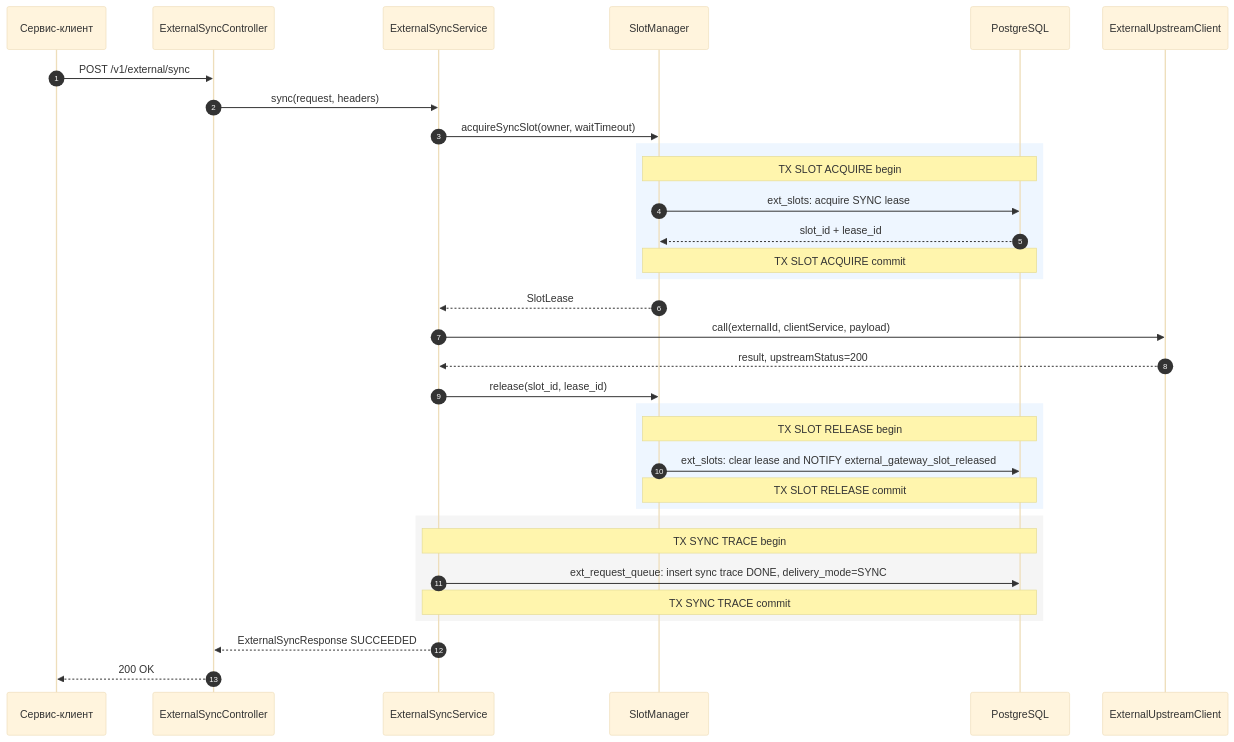
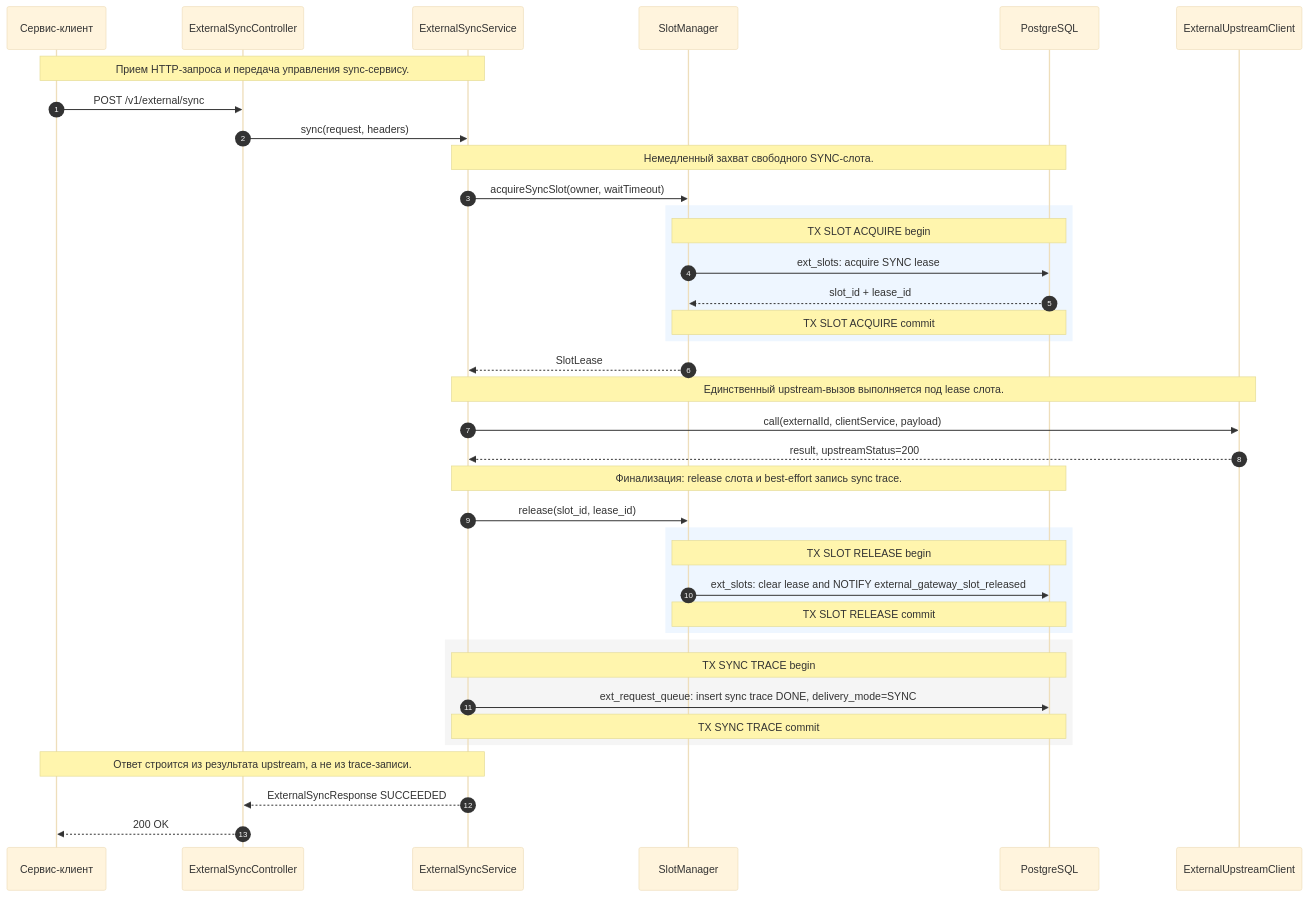
The first of 7 diagrams in docs/external-service-gateway/architecture/05-sequence-sync.md (DenisVanin4402/TestQwenCli), drawn with Mermaid (base theme) before and after one commit. The commit also changed other lines of this file and 2 other files, not shown here.

Commit message:
диаграммы обновлены детализацией sequence

````diff
--- a/docs/external-service-gateway/architecture/05-sequence-sync.md
+++ b/docs/external-service-gateway/architecture/05-sequence-sync.md
@@ -10,36 +12,41 @@
 ```mermaid
 sequenceDiagram
     autonumber
     participant Client as Сервис-клиент
     participant API as ExternalSyncController
     participant Sync as ExternalSyncService
     participant Slots as SlotManager
     participant DB as PostgreSQL
     participant Upstream as ExternalUpstreamClient
 
+    Note over Client,Sync: Прием HTTP-запроса и передача управления sync-сервису.
     Client->>API: POST /v1/external/sync
     API->>Sync: sync(request, headers)
+    Note over Sync,DB: Немедленный захват свободного SYNC-слота.
     Sync->>Slots: acquireSyncSlot(owner, waitTimeout)
     rect rgb(238, 246, 255)
         Note over Slots,DB: TX SLOT ACQUIRE begin
         Slots->>DB: ext_slots: acquire SYNC lease
         DB-->>Slots: slot_id + lease_id
         Note over Slots,DB: TX SLOT ACQUIRE commit
     end
     Slots-->>Sync: SlotLease
+    Note over Sync,Upstream: Единственный upstream-вызов выполняется под lease слота.
     Sync->>Upstream: call(externalId, clientService, payload)
     Upstream-->>Sync: result, upstreamStatus=200
+    Note over Sync,DB: Финализация: release слота и best-effort запись sync trace.
     Sync->>Slots: release(slot_id, lease_id)
     rect rgb(238, 246, 255)
         Note over Slots,DB: TX SLOT RELEASE begin
         Slots->>DB: ext_slots: clear lease and NOTIFY external_gateway_slot_released
         Note over Slots,DB: TX SLOT RELEASE commit
     end
     rect rgb(245, 245, 245)
         Note over Sync,DB: TX SYNC TRACE begin
         Sync->>DB: ext_request_queue: insert sync trace DONE, delivery_mode=SYNC
         Note over Sync,DB: TX SYNC TRACE commit
     end
+    Note over Sync,Client: Ответ строится из результата upstream, а не из trace-записи.
     Sync-->>API: ExternalSyncResponse SUCCEEDED
     API-->>Client: 200 OK
 ```
````
